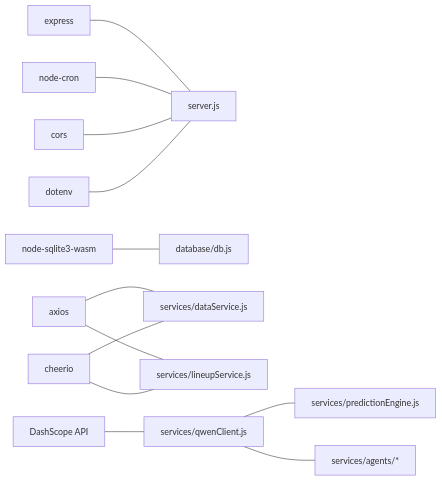
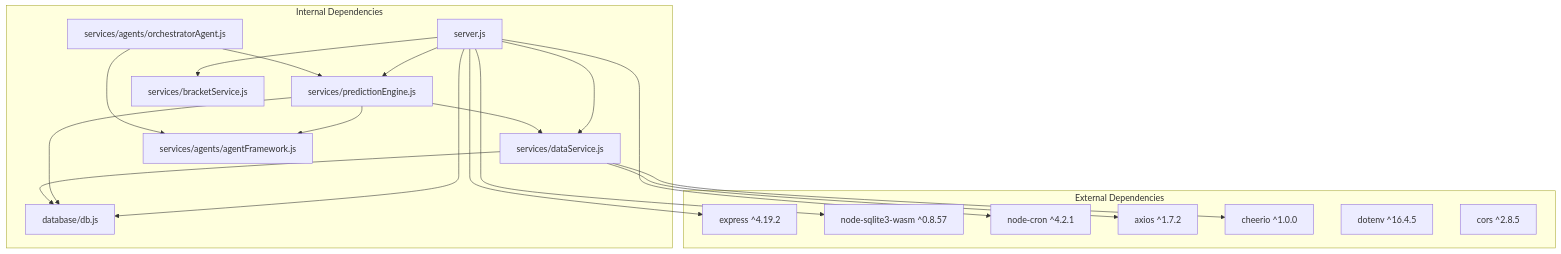
One commit to cheesiong/WC26-qwen changed the seventh of 10 diagrams in .qoder/repowiki/en/content/System Architecture/Backend Architecture.md. Above: the diagram before and after it, drawn with Mermaid. The commit also changed other lines of this file and 181 other files, not shown here.

````diff
--- a/.qoder/repowiki/en/content/System Architecture/Backend Architecture.md
+++ b/.qoder/repowiki/en/content/System Architecture/Backend Architecture.md
@@ -468,15 +308,36 @@
 ```mermaid
-graph LR
-Express["express"] --- Server["server.js"]
-Cron["node-cron"] --- Server
-Cors["cors"] --- Server
-Dotenv["dotenv"] --- Server
-Sqlite["node-sqlite3-wasm"] --- DB["database/db.js"]
-Axios["axios"] --- DataService["services/dataService.js"]
-Axios --- LineupService["services/lineupService.js"]
-Cheerio["cheerio"] --- DataService
-Cheerio --- LineupService
-Qwen["DashScope API"] --- QwenClient["services/qwenClient.js"]
-QwenClient --- Pred["services/predictionEngine.js"]
-QwenClient --- Agents["services/agents/*"]
+graph TB
+subgraph "External Dependencies"
+Express[express ^4.19.2]
+SQLite[node-sqlite3-wasm ^0.8.57]
+Cron[node-cron ^4.2.1]
+Axios[axios ^1.7.2]
+Cheerio[cheerio ^1.0.0]
+Dotenv[dotenv ^16.4.5]
+Cors[cors ^2.8.5]
+end
+subgraph "Internal Dependencies"
+Server[server.js]
+DB[database/db.js]
+PredEngine[services/predictionEngine.js]
+DataSvc[services/dataService.js]
+BracketSvc[services/bracketService.js]
+AgentFramework[services/agents/agentFramework.js]
+Orchestrator[services/agents/orchestratorAgent.js]
+end
+Server --> Express
+Server --> SQLite
+Server --> Cron
+Server --> DB
+Server --> PredEngine
+Server --> DataSvc
+Server --> BracketSvc
+PredEngine --> AgentFramework
+PredEngine --> DataSvc
+PredEngine --> DB
+Orchestrator --> AgentFramework
+Orchestrator --> PredEngine
+DataSvc --> Axios
+DataSvc --> Cheerio
+DataSvc --> DB
 ```
````
